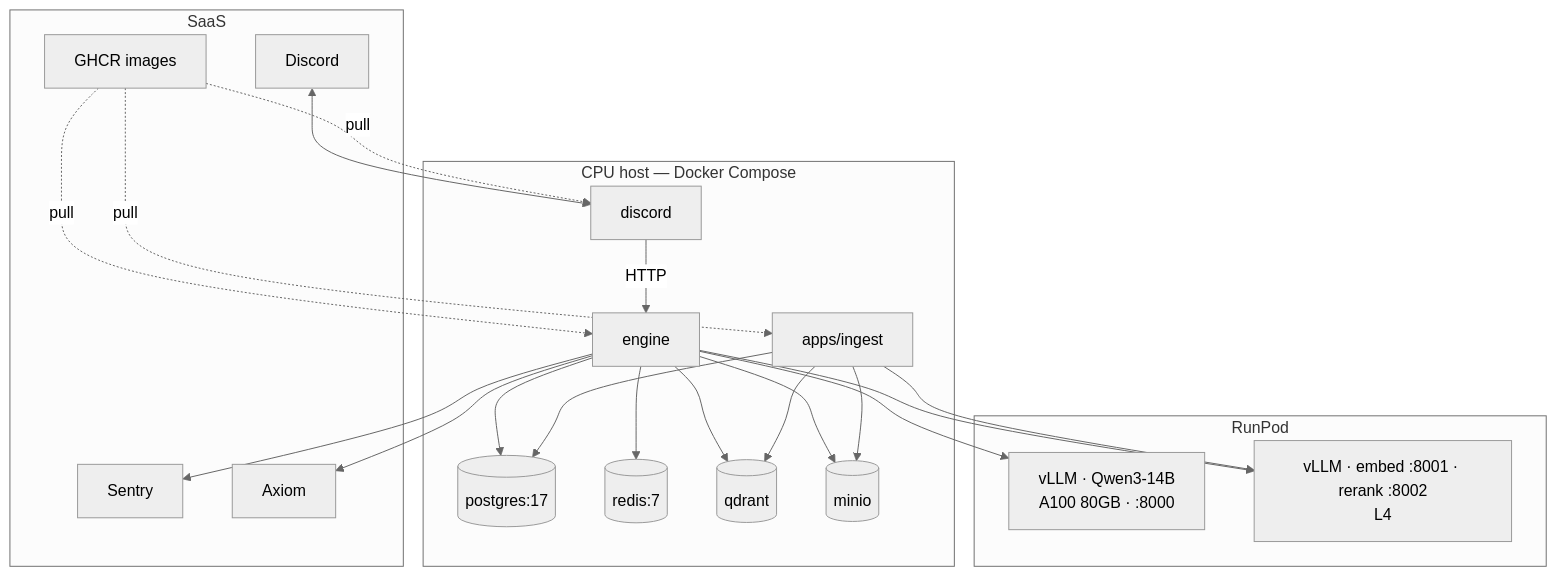
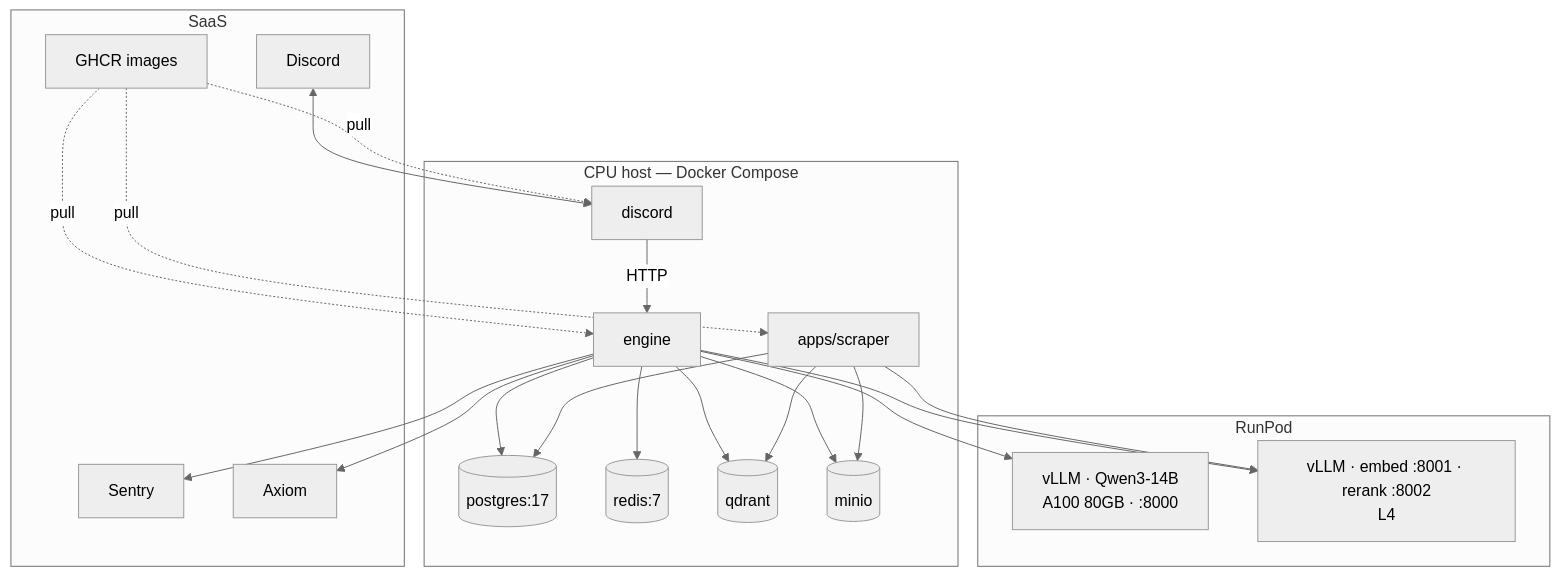
One commit to ashworks1706/SparkyAI changed the ninth of 9 diagrams in docs/ARCHITECTURE.md. Above: the diagram before and after it, drawn with Mermaid (neutral theme). The commit also changed other lines of this file and 88 other files, not shown here.

First line of the commit message:
apps/scraper and apps/training; docs sweep

````diff
--- a/docs/ARCHITECTURE.md
+++ b/docs/ARCHITECTURE.md
@@ -394,27 +393,27 @@
 ```mermaid
 flowchart TB
     subgraph host [CPU host — Docker Compose]
         BOT[discord]
         APP[engine]
-        ING[apps/ingest]
+        ING[apps/scraper]
         PG[(postgres:17)]
         RD[(redis:7)]
         QD[(qdrant)]
         MN[(minio)]
     end
     subgraph runpod [RunPod]
         V1[vLLM · Qwen3-14B<br/>A100 80GB · :8000]
         V2[vLLM · embed :8001 · rerank :8002<br/>L4]
     end
     subgraph saas [SaaS]
         DC[Discord]
         SE[Sentry]
         AX[Axiom]
         GH[GHCR images]
     end
     DC <--> BOT
     BOT -->|HTTP| APP
     APP --> V1 & V2 & PG & RD & QD & MN & SE & AX
     ING --> V2 & PG & QD & MN
     GH -.->|pull| BOT & APP & ING
 ```
````
